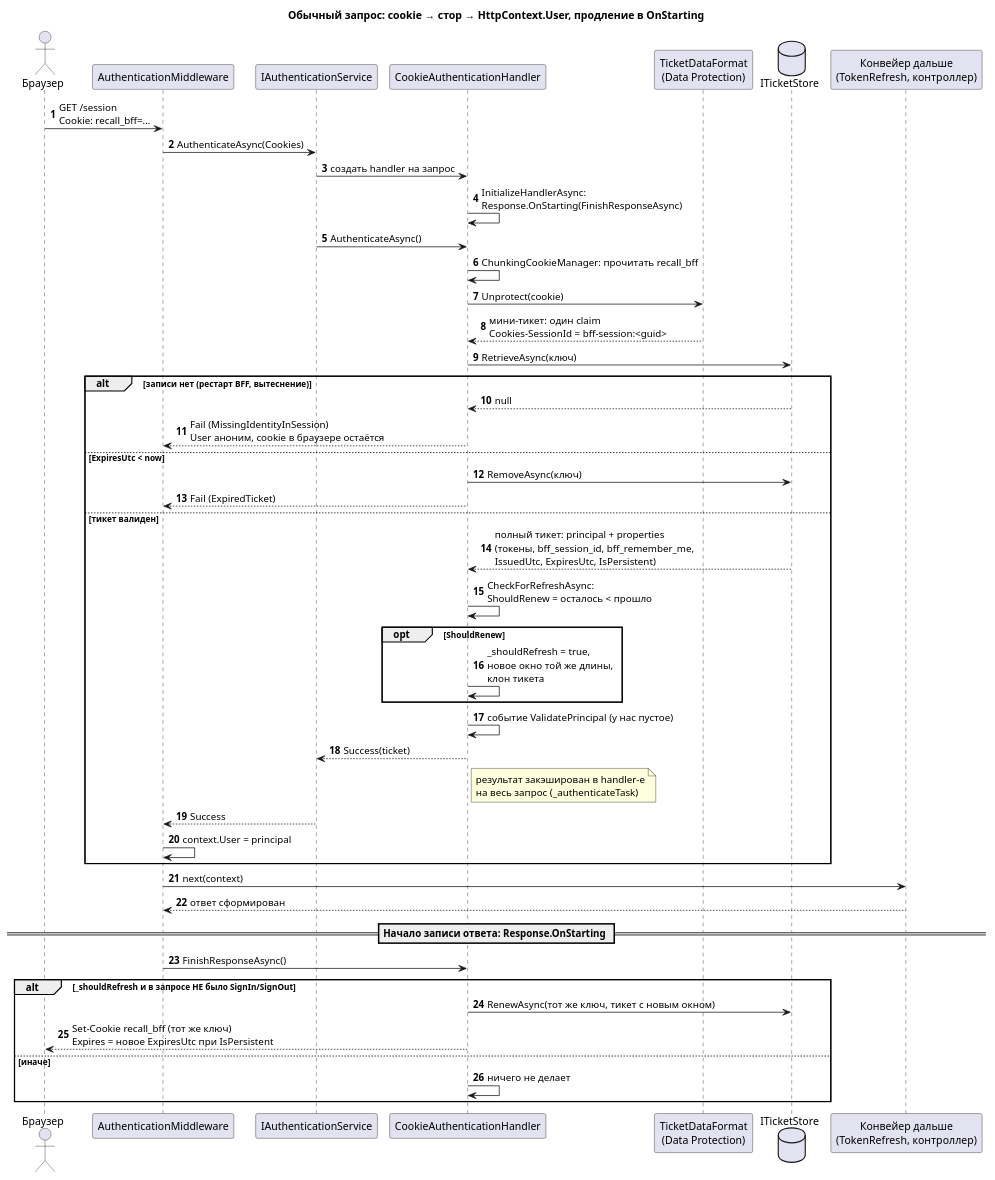
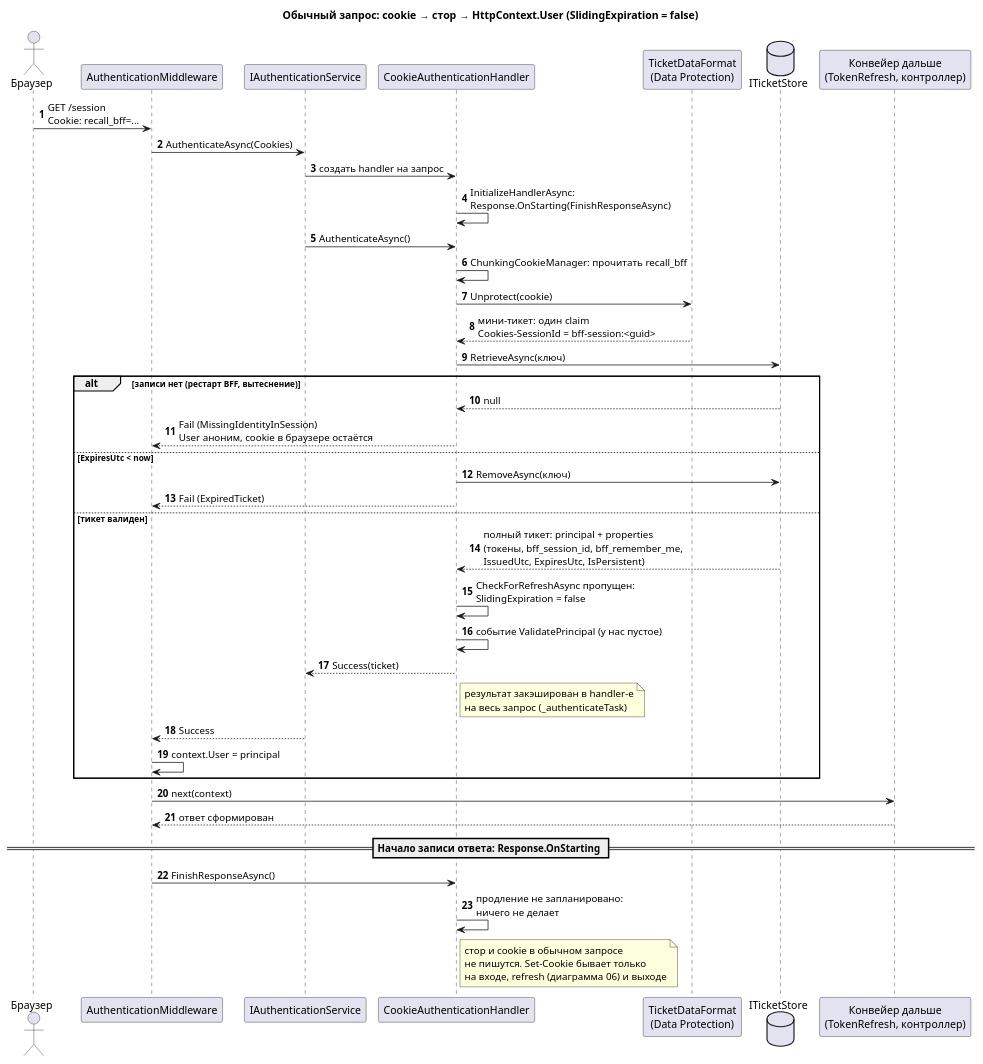
One commit to itacademy-edms-team/24_3_DNDE changed the diagram in RecallApp/docs/diagrams/bff-session - 04 обычный запрос.puml. Above: the diagram before and after it, drawn with PlantUML. The commit also changed 5 other files, not shown here.

Commit message:
docs(bff): update session design for disabled sliding expiration

```diff
--- a/RecallApp/docs/diagrams/bff-session - 04 обычный запрос.puml
+++ b/RecallApp/docs/diagrams/bff-session - 04 обычный запрос.puml
@@ -1,53 +1,46 @@
 @startuml bff-session-04-обычный-запрос
-title Обычный запрос: cookie → стор → HttpContext.User, продление в OnStarting
+title Обычный запрос: cookie → стор → HttpContext.User (SlidingExpiration = false)
 
 skinparam shadowing false
 autonumber
 
 actor "Браузер" as B
 participant "AuthenticationMiddleware" as AM
 participant "IAuthenticationService" as AS
 participant "CookieAuthenticationHandler" as CH
 participant "TicketDataFormat\n(Data Protection)" as DP
 database "ITicketStore" as S
 participant "Конвейер дальше\n(TokenRefresh, контроллер)" as N
 
 B -> AM : GET /session\nCookie: recall_bff=...
 AM -> AS : AuthenticateAsync(Cookies)
 AS -> CH : создать handler на запрос
 CH -> CH : InitializeHandlerAsync:\nResponse.OnStarting(FinishResponseAsync)
 AS -> CH : AuthenticateAsync()
 CH -> CH : ChunkingCookieManager: прочитать recall_bff
 CH -> DP : Unprotect(cookie)
 DP --> CH : мини-тикет: один claim\nCookies-SessionId = bff-session:<guid>
 CH -> S : RetrieveAsync(ключ)
 alt записи нет (рестарт BFF, вытеснение)
   S --> CH : null
   CH --> AM : Fail (MissingIdentityInSession)\nUser аноним, cookie в браузере остаётся
 else ExpiresUtc < now
   CH -> S : RemoveAsync(ключ)
   CH --> AM : Fail (ExpiredTicket)
 else тикет валиден
   S --> CH : полный тикет: principal + properties\n(токены, bff_session_id, bff_remember_me,\nIssuedUtc, ExpiresUtc, IsPersistent)
-  CH -> CH : CheckForRefreshAsync:\nShouldRenew = осталось < прошло
-  opt ShouldRenew
-    CH -> CH : _shouldRefresh = true,\nновое окно той же длины,\nклон тикета
-  end
+  CH -> CH : CheckForRefreshAsync пропущен:\nSlidingExpiration = false
   CH -> CH : событие ValidatePrincipal (у нас пустое)
   CH --> AS : Success(ticket)
   note right of CH : результат закэширован в handler-е\nна весь запрос (_authenticateTask)
   AS --> AM : Success
   AM -> AM : context.User = principal
 end
 AM -> N : next(context)
 N --> AM : ответ сформирован
 == Начало записи ответа: Response.OnStarting ==
 AM -> CH : FinishResponseAsync()
-alt _shouldRefresh и в запросе НЕ было SignIn/SignOut
-  CH -> S : RenewAsync(тот же ключ, тикет с новым окном)
-  CH --> B : Set-Cookie recall_bff (тот же ключ)\nExpires = новое ExpiresUtc при IsPersistent
-else иначе
-  CH -> CH : ничего не делает
-end
+CH -> CH : продление не запланировано:\nничего не делает
+note right of CH : стор и cookie в обычном запросе\nне пишутся. Set-Cookie бывает только\nна входе, refresh (диаграмма 06) и выходе
 
 @enduml
```
